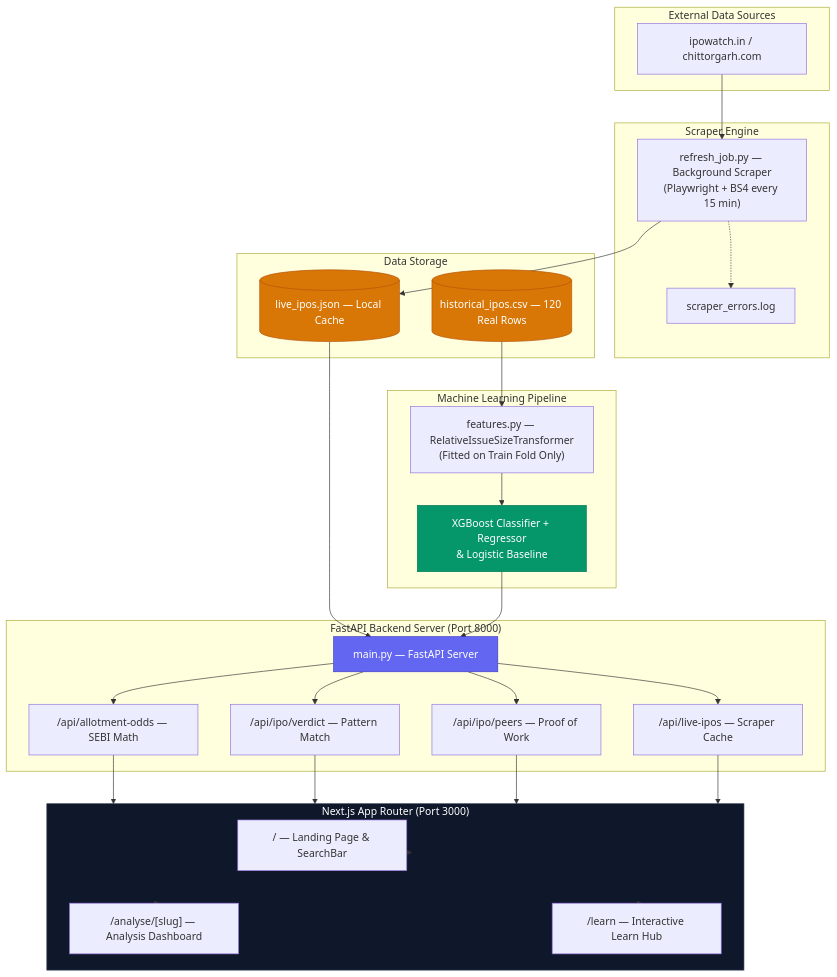
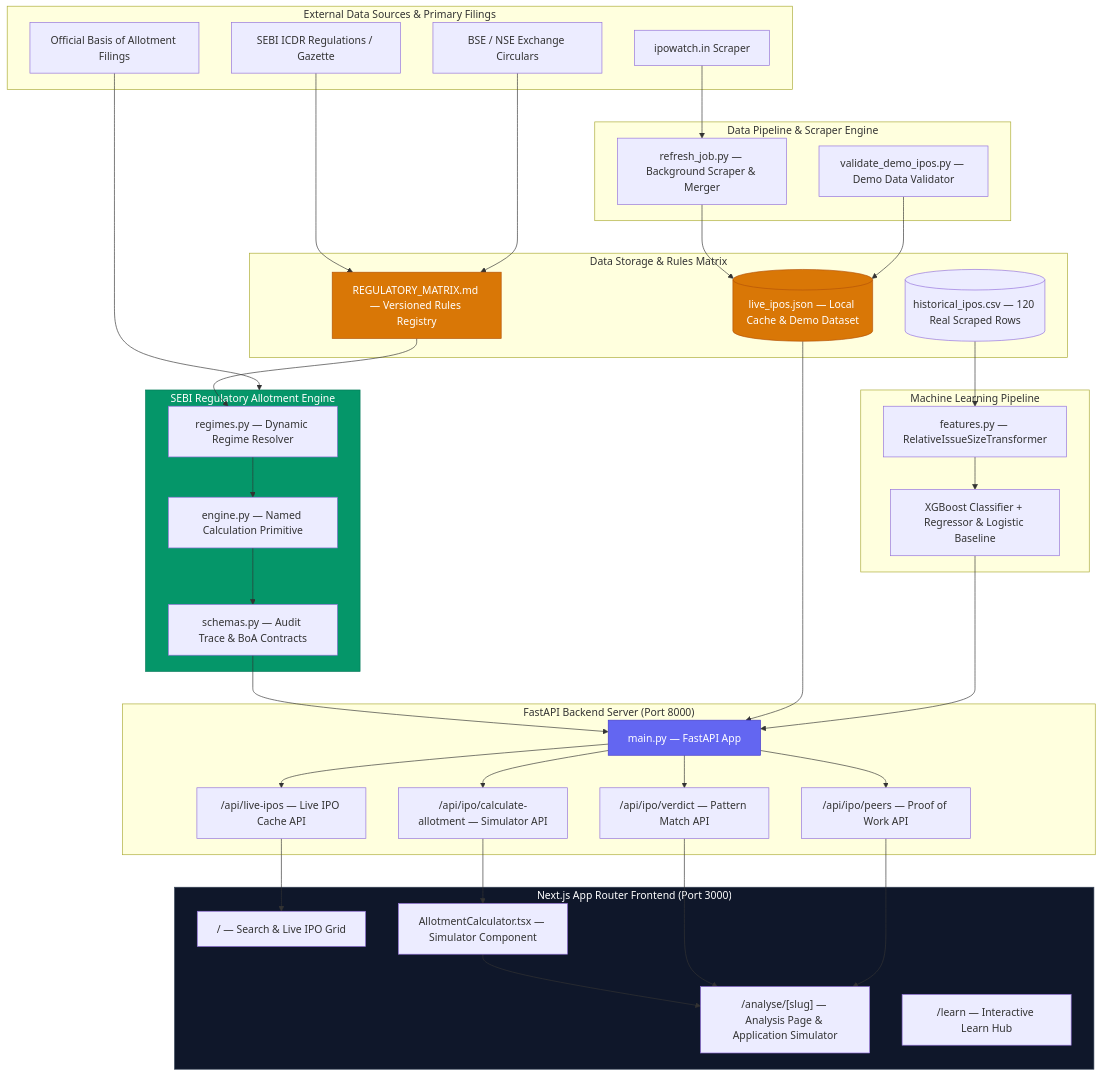
Before and after one commit to russel-gandhi/ipo-ai-engine: the diagram in README.md, drawn with Mermaid. The commit also changed other lines of this file and 1 other file, not shown here.

Commit message:
docs(readme): update README with versioned SEBI allotment engine, IPO Application Simulator, and setup guide

````diff
--- a/README.md
+++ b/README.md
@@ -33,65 +34,82 @@
 ```mermaid
 flowchart TD
-    subgraph SOURCES["External Data Sources"]
-        SCRAPE["ipowatch.in / chittorgarh.com"]
+    subgraph SOURCES["External Data Sources & Primary Filings"]
+        SEBI["SEBI ICDR Regulations / Gazette"]
+        BSE_NSE["BSE / NSE Exchange Circulars"]
+        SCRAPE["ipowatch.in Scraper"]
+        BOA["Official Basis of Allotment Filings"]
     end
 
-    subgraph INGESTION["Scraper Engine"]
-        JOB["refresh_job.py — Background Scraper<br/>(Playwright + BS4 every 15 min)"]
-        LOG["scraper_errors.log"]
+    subgraph INGESTION["Data Pipeline & Scraper Engine"]
+        JOB["refresh_job.py — Background Scraper & Merger"]
+        VAL["validate_demo_ipos.py — Demo Data Validator"]
     end
 
-    subgraph STORAGE["Data Storage"]
-        CACHE[("live_ipos.json — Local Cache")]
-        HIST[("historical_ipos.csv — 120 Real Rows")]
+    subgraph STORAGE["Data Storage & Rules Matrix"]
+        CACHE[("live_ipos.json — Local Cache & Demo Dataset")]
+        HIST[("historical_ipos.csv — 120 Real Scraped Rows")]
+        MATRIX["REGULATORY_MATRIX.md — Versioned Rules Registry"]
+    end
+
+    subgraph ENGINE["SEBI Regulatory Allotment Engine"]
+        REGIMES["regimes.py — Dynamic Regime Resolver"]
+        PRIMITIVES["engine.py — Named Calculation Primitive"]
+        SCHEMAS["schemas.py — Audit Trace & BoA Contracts"]
     end
 
     subgraph ML["Machine Learning Pipeline"]
-        FEAT["features.py — RelativeIssueSizeTransformer<br/>(Fitted on Train Fold Only)"]
-        ENSEMBLE["XGBoost Classifier + Regressor<br/>& Logistic Baseline"]
+        FEAT["features.py — RelativeIssueSizeTransformer"]
+        ENSEMBLE["XGBoost Classifier + Regressor & Logistic Baseline"]
     end
 
     subgraph API["FastAPI Backend Server (Port 8000)"]
-        FASTAPI["main.py — FastAPI Server"]
-        EP1["/api/allotment-odds — SEBI Math"]
-        EP2["/api/ipo/verdict — Pattern Match"]
-        EP3["/api/ipo/peers — Proof of Work"]
-        EP4["/api/live-ipos — Scraper Cache"]
+        FASTAPI["main.py — FastAPI App"]
+        EP1["/api/ipo/calculate-allotment — Simulator API"]
+        EP2["/api/ipo/verdict — Pattern Match API"]
+        EP3["/api/ipo/peers — Proof of Work API"]
+        EP4["/api/live-ipos — Live IPO Cache API"]
     end
 
-    subgraph FRONTEND["Next.js App Router (Port 3000)"]
-        P1["/ — Landing Page & SearchBar"]
-        P2["/analyse/[slug] — Analysis Dashboard"]
+    subgraph FRONTEND["Next.js App Router Frontend (Port 3000)"]
+        P1["/ — Search & Live IPO Grid"]
+        P2["/analyse/[slug] — Analysis Page & Application Simulator"]
         P3["/learn — Interactive Learn Hub"]
+      FUNC1["AllotmentCalculator.tsx — Simulator Component"]
     end
 
+    SEBI --> MATRIX
+    BSE_NSE --> MATRIX
     SCRAPE --> JOB
+    BOA --> ENGINE
+
     JOB --> CACHE
-    JOB -.-> LOG
+    VAL --> CACHE
 
     HIST --> FEAT
     FEAT --> ENSEMBLE
+
+    MATRIX --> REGIMES
+    REGIMES --> PRIMITIVES
+    PRIMITIVES --> SCHEMAS
+    SCHEMAS --> FASTAPI
 
     CACHE --> FASTAPI
     ENSEMBLE --> FASTAPI
 
     FASTAPI --> EP1
     FASTAPI --> EP2
     FASTAPI --> EP3
     FASTAPI --> EP4
 
-    EP1 --> FRONTEND
-    EP2 --> FRONTEND
-    EP3 --> FRONTEND
-    EP4 --> FRONTEND
-
-    FRONTEND --> P1
-    FRONTEND --> P2
-    FRONTEND --> P3
+    EP1 --> FUNC1
+    FUNC1 --> P2
+    EP2 --> P2
+    EP3 --> P2
+    EP4 --> P1
 
     style FASTAPI fill:#6366f1,stroke:#4338ca,color:#fff
-    style ENSEMBLE fill:#059669,stroke:#047857,color:#fff
+    style ENGINE fill:#059669,stroke:#047857,color:#fff
+    style MATRIX fill:#d97706,stroke:#b45309,color:#fff
     style CACHE fill:#d97706,stroke:#b45309,color:#fff
-    style HIST fill:#d97706,stroke:#b45309,color:#fff
     style FRONTEND fill:#0f172a,stroke:#334155,color:#fff
 ```
````
